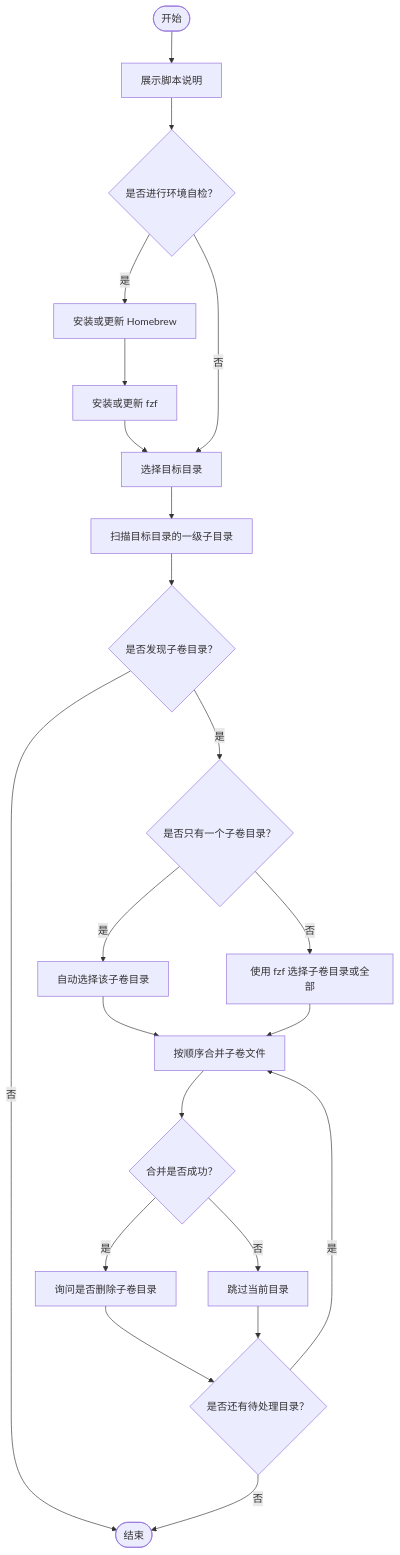
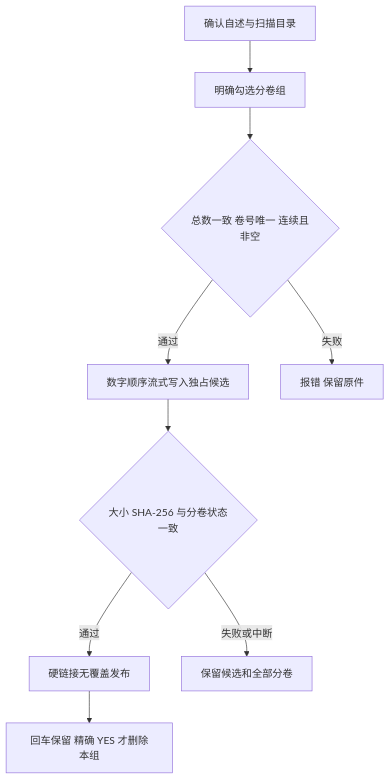
The second of 3 diagrams in MacOS/【MacOS】文件分拆（合并）测试. command/README.md (JobsKits/JobsCommand-Others), drawn with Mermaid before and after one commit. The commit also changed other lines of this file and 21 other files, not shown here.

````diff
--- a/MacOS/【MacOS】文件分拆（合并）测试. command/README.md
+++ b/MacOS/【MacOS】文件分拆（合并）测试. command/README.md
@@ -546,24 +232,11 @@
 ```mermaid
-graph TD
-    A([开始]) --> B[展示脚本说明]
-    B --> C{是否进行环境自检？}
-    C -->|是| D[安装或更新 Homebrew]
-    D --> E[安装或更新 fzf]
-    E --> F[选择目标目录]
-    C -->|否| F
-    F --> G[扫描目标目录的一级子目录]
-    G --> H{是否发现子卷目录？}
-    H -->|否| Z([结束])
-    H -->|是| I{是否只有一个子卷目录？}
-    I -->|是| J[自动选择该子卷目录]
-    I -->|否| K[使用 fzf 选择子卷目录或全部]
-    J --> L[按顺序合并子卷文件]
-    K --> L
-    L --> M{合并是否成功？}
-    M -->|是| N[询问是否删除子卷目录]
-    M -->|否| O[跳过当前目录]
-    N --> P{是否还有待处理目录？}
-    O --> P
-    P -->|是| L
-    P -->|否| Z
+flowchart TD
+    A[确认自述与扫描目录] --> B[明确勾选分卷组]
+    B --> C{总数一致 卷号唯一 连续且非空}
+    C -->|通过| D[数字顺序流式写入独占候选]
+    C -->|失败| E[报错 保留原件]
+    D --> F{大小 SHA-256 与分卷状态一致}
+    F -->|通过| G[硬链接无覆盖发布]
+    F -->|失败或中断| H[保留候选和全部分卷]
+    G --> I[回车保留 精确 YES 才删除本组]
 ```
````
